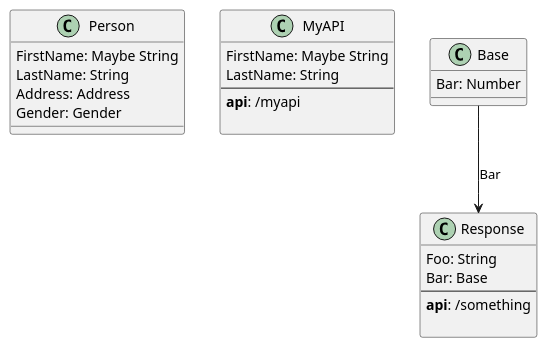
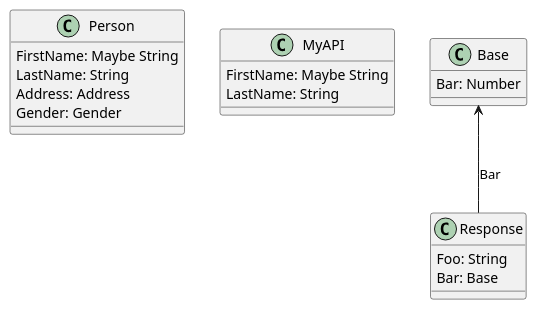
One commit to Baudin999/car-lang changed the diagram in Examples/.out/v0.0.1/APIs.API/APIs.API.puml. Above: the diagram before and after it, drawn with PlantUML. The commit also changed 29 other files, not shown here.

```diff
--- a/Examples/.out/v0.0.1/APIs.API/APIs.API.puml
+++ b/Examples/.out/v0.0.1/APIs.API/APIs.API.puml
@@ -1,24 +1,18 @@
 class "Person " as Person  {
 	FirstName: Maybe String
 	LastName: String 
 	Address: Address 
 	Gender: Gender 
 }
 class "MyAPI" as MyAPI  {
 	FirstName: Maybe String
 	LastName: String 
---
-  <b>api</b>: /myapi
-    
 }
 class "Base" as Base  {
 	Bar: Number 
 }
 class "Response" as Response  {
 	Foo: String 
 	Bar: Base 
---
-  <b>api</b>: /something
-    
 }
-Base --> Response : Bar
+Base <-- Response : Bar
```
